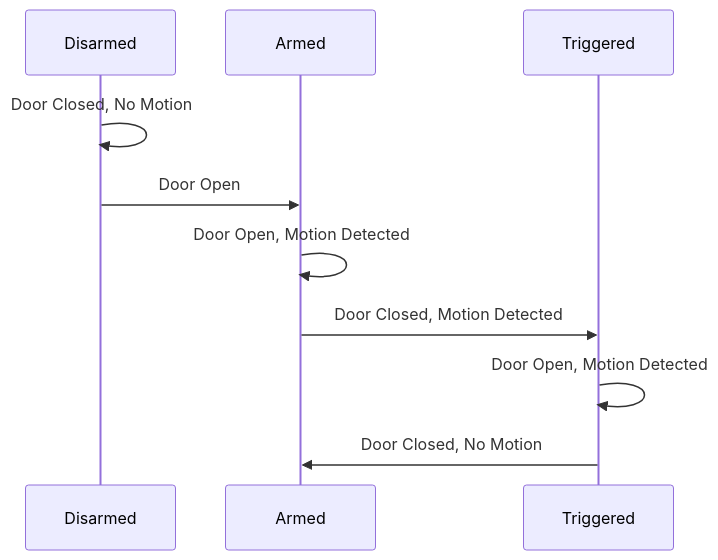
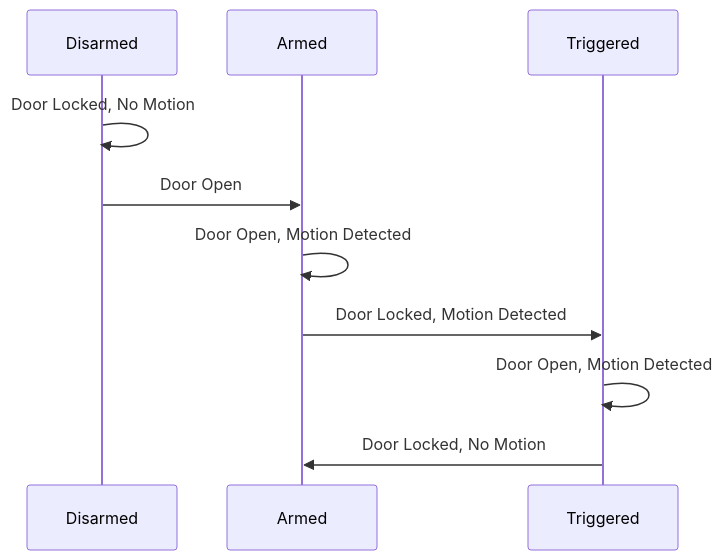
The first of 2 diagrams in README.md (rafaelsutiono/home-security-system), drawn with Mermaid before and after one commit. The commit also changed other lines of this file, not shown here.

````diff
--- a/README.md
+++ b/README.md
@@ -25,13 +25,13 @@
 ```mermaid
 sequenceDiagram
   participant disarmed as Disarmed
   participant armed as Armed
   participant triggered as Triggered
 
-  disarmed ->> disarmed: Door Closed, No Motion
+  disarmed ->> disarmed: Door Locked, No Motion
   disarmed ->> armed: Door Open
   armed ->> armed: Door Open, Motion Detected
-  armed ->> triggered: Door Closed, Motion Detected
+  armed ->> triggered: Door Locked, Motion Detected
   triggered ->> triggered: Door Open, Motion Detected
-  triggered ->> armed: Door Closed, No Motion
+  triggered ->> armed: Door Locked, No Motion
 ```
````
